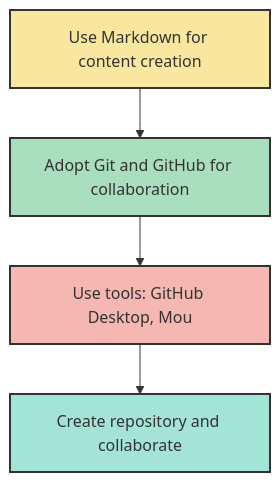
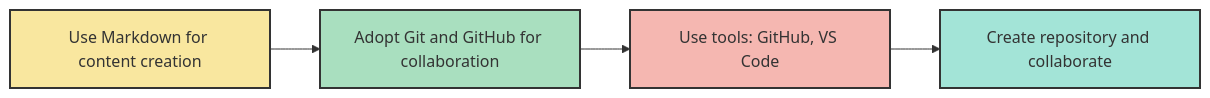
One commit to buckeye43210/markdown-to-snowkb changed the second of 10 diagrams in README.md. Above: the diagram before and after it, drawn with Mermaid. The commit also changed other lines of this file, not shown here.

```diff
--- a/README.md
+++ b/README.md
@@ -223,16 +225,16 @@
 ~~~mermaid
-graph TD
+graph LR
     A[Use Markdown for content creation] --> B[Adopt Git and GitHub for collaboration]
-    B --> C[Use tools: GitHub Desktop, Mou]
+    B --> C[Use tools: GitHub, VS Code]
     C --> D[Create repository and collaborate]
 
     classDef markdown fill:#f9e79f,stroke:#333,stroke-width:2px;
     classDef git fill:#a9dfbf,stroke:#333,stroke-width:2px;
     classDef tools fill:#f5b7b1,stroke:#333,stroke-width:2px;
     classDef repo fill:#a3e4d7,stroke:#333,stroke-width:2px;
 
     class A markdown;
     class B git;
     class C tools;
     class D repo;
 ~~~    
```
